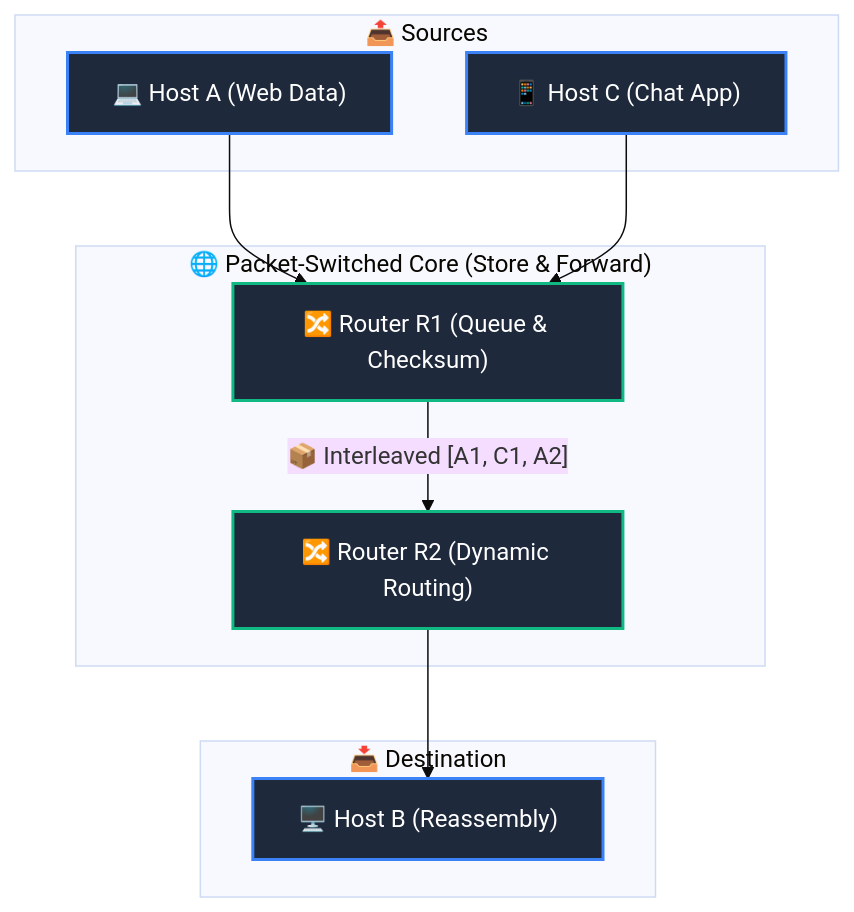
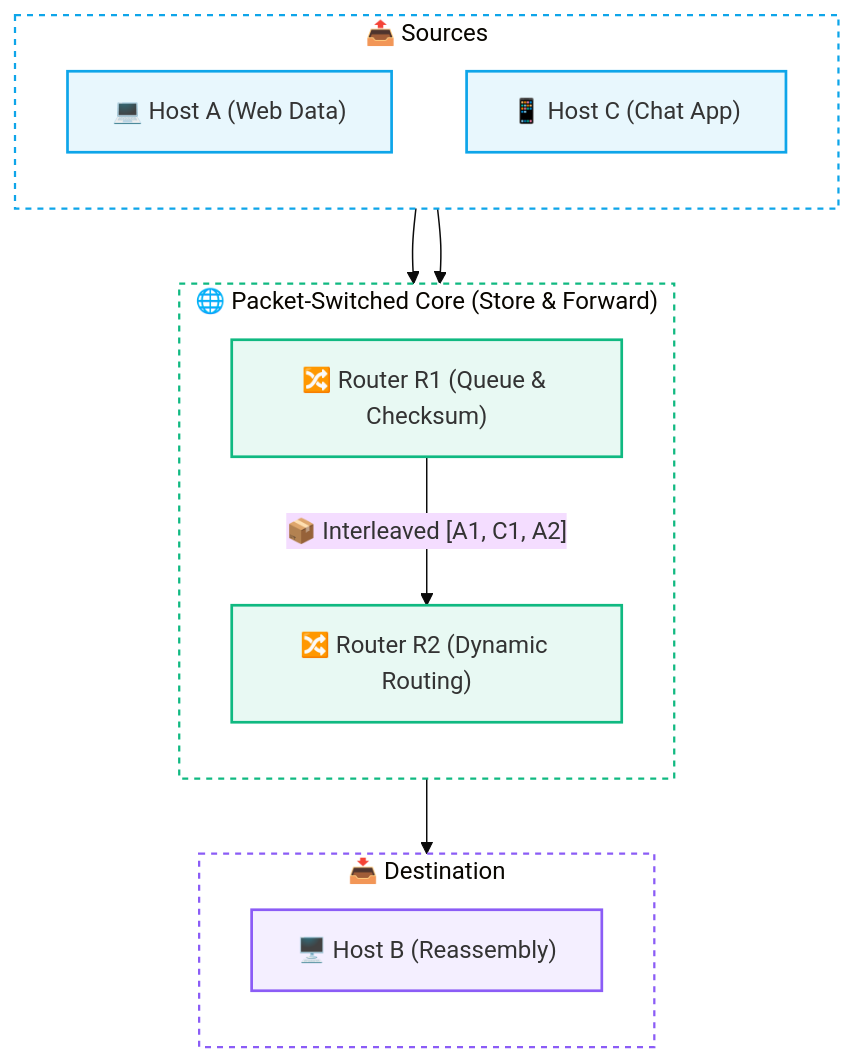
One commit to abhinavbharti2345/CS_Notes changed the second of 4 diagrams in Computer Networking/Switching Techniques - Packet vs Circuit.md. Above: the diagram before and after it, drawn with Mermaid (base theme). The commit also changed other lines of this file and 47 other files, not shown here.

Commit message:
docs: add computer science study notes and generate graphify visualization output

````diff
--- a/Computer Networking/Switching Techniques - Packet vs Circuit.md
+++ b/Computer Networking/Switching Techniques - Packet vs Circuit.md
@@ -69,26 +69,36 @@
 ```mermaid
 flowchart TD
     subgraph Senders ["📤 Sources"]
+        direction TD
         H1["💻 Host A (Web Data)"]
         H2["📱 Host C (Chat App)"]
     end
 
     subgraph Core ["🌐 Packet-Switched Core (Store & Forward)"]
+        direction TD
         R1["🔀 Router R1 (Queue & Checksum)"]
         R2["🔀 Router R2 (Dynamic Routing)"]
         R1 -->|"📦 Interleaved [A1, C1, A2]"| R2
     end
 
     subgraph Receiver ["📥 Destination"]
+        direction TD
         HB["🖥️ Host B (Reassembly)"]
     end
 
     H1 --> R1
     H2 --> R1
     R2 --> HB
 
-    classDef host fill:#1e293b,stroke:#3b82f6,stroke-width:2px,color:#fff;
-    classDef router fill:#1e293b,stroke:#10b981,stroke-width:2px,color:#fff;
-    class H1,H2,HB host;
+    style Senders fill:none,stroke:#0ea5e9,stroke-width:1.5px,stroke-dasharray:4 4
+    style Core fill:none,stroke:#10b981,stroke-width:1.5px,stroke-dasharray:4 4
+    style Receiver fill:none,stroke:#8b5cf6,stroke-width:1.5px,stroke-dasharray:4 4
+
+    classDef host fill:#0ea5e918,stroke:#0ea5e9,stroke-width:1.8px;
+    classDef router fill:#10b98118,stroke:#10b981,stroke-width:1.8px;
+    classDef dest fill:#8b5cf618,stroke:#8b5cf6,stroke-width:1.8px;
+
+    class H1,H2 host;
     class R1,R2 router;
+    class HB dest;
 ```
````
